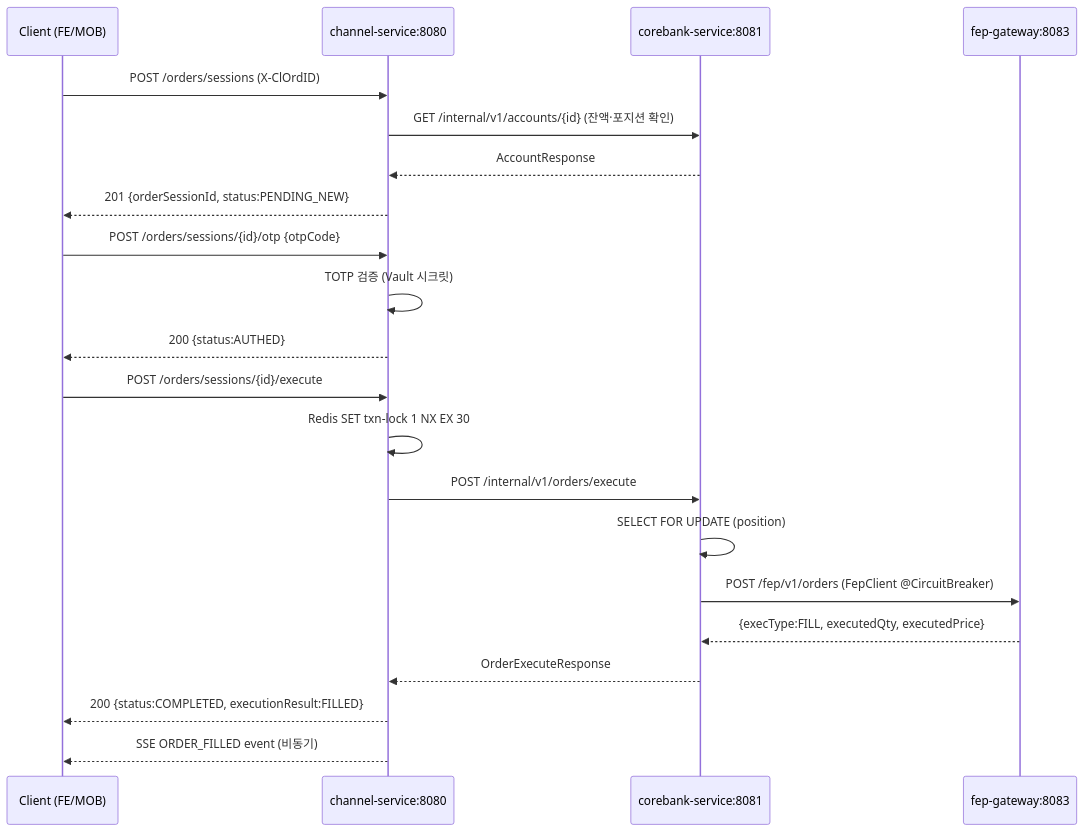
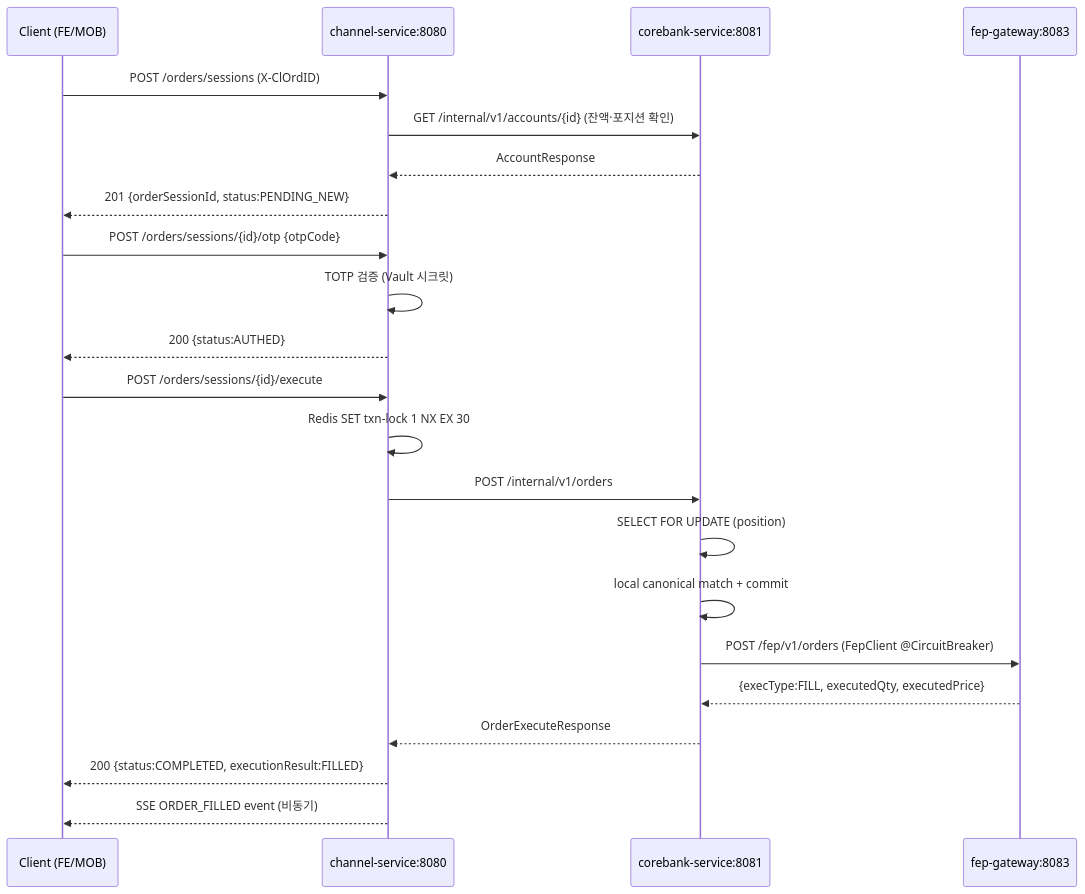
Before and after one commit to DoYouLikeFIx/FIXYZ: the first of 2 diagrams in _bmad-output/planning-artifacts/channels/api-spec.md, drawn with Mermaid. The commit also changed other lines of this file and 18 other files, not shown here.

````diff
--- a/_bmad-output/planning-artifacts/channels/api-spec.md
+++ b/_bmad-output/planning-artifacts/channels/api-spec.md
@@ -262,26 +262,27 @@
 ```mermaid
 sequenceDiagram
     participant C as Client (FE/MOB)
     participant CH as channel-service:8080
     participant CB as corebank-service:8081
     participant FEP as fep-gateway:8083
 
     C->>CH: POST /orders/sessions (X-ClOrdID)
     CH->>CB: GET /internal/v1/accounts/{id} (잔액·포지션 확인)
     CB-->>CH: AccountResponse
     CH-->>C: 201 {orderSessionId, status:PENDING_NEW}
 
     C->>CH: POST /orders/sessions/{id}/otp {otpCode}
     CH->>CH: TOTP 검증 (Vault 시크릿)
     CH-->>C: 200 {status:AUTHED}
 
     C->>CH: POST /orders/sessions/{id}/execute
     CH->>CH: Redis SET txn-lock 1 NX EX 30
-    CH->>CB: POST /internal/v1/orders/execute
+    CH->>CB: POST /internal/v1/orders
     CB->>CB: SELECT FOR UPDATE (position)
+    CB->>CB: local canonical match + commit
     CB->>FEP: POST /fep/v1/orders (FepClient @CircuitBreaker)
     FEP-->>CB: {execType:FILL, executedQty, executedPrice}
     CB-->>CH: OrderExecuteResponse
     CH-->>C: 200 {status:COMPLETED, executionResult:FILLED}
     CH-->>C: SSE ORDER_FILLED event (비동기)
 ```
````
